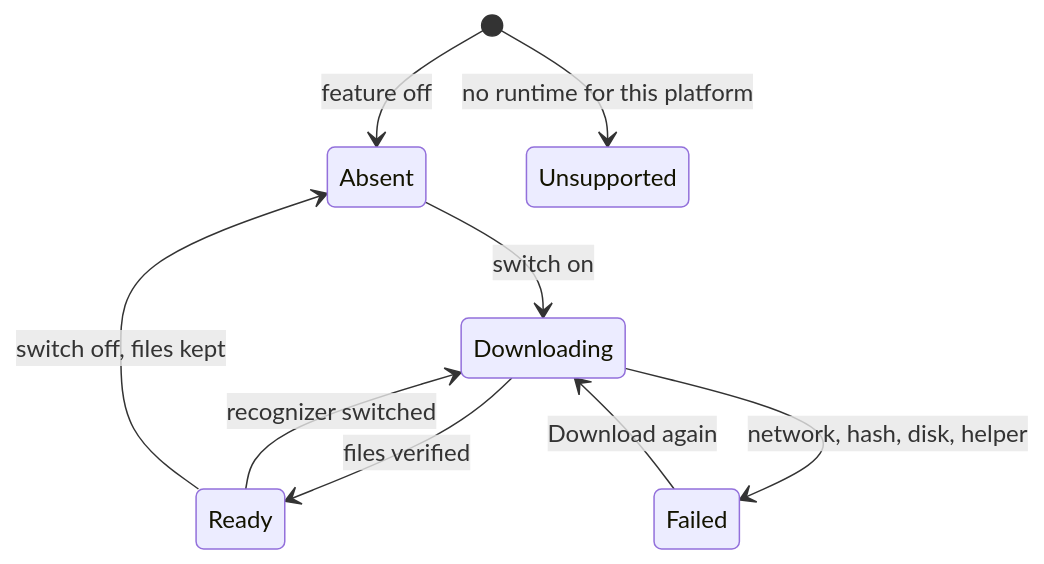
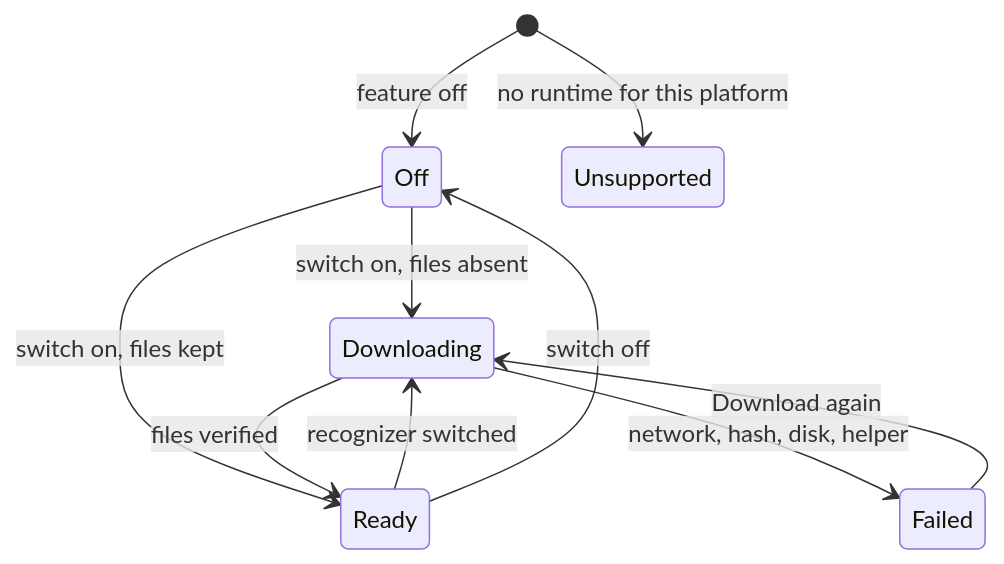
Before and after one commit to syudead/vv: the second of 3 diagrams in specs/061-faced/ui-design.md, drawn with Mermaid. The commit also changed other lines of this file, not shown here.

````diff
--- a/specs/061-faced/ui-design.md
+++ b/specs/061-faced/ui-design.md
@@ -224,11 +232,12 @@
 ```mermaid
 stateDiagram-v2
-  [*] --> Absent: feature off
-  Absent --> Downloading: switch on
+  [*] --> Off: feature off
+  Off --> Downloading: switch on, files absent
+  Off --> Ready: switch on, files kept
   Downloading --> Ready: files verified
   Downloading --> Failed: network, hash, disk, helper
   Failed --> Downloading: Download again
   Ready --> Downloading: recognizer switched
-  Ready --> Absent: switch off, files kept
+  Ready --> Off: switch off
   [*] --> Unsupported: no runtime for this platform
 ```
````
